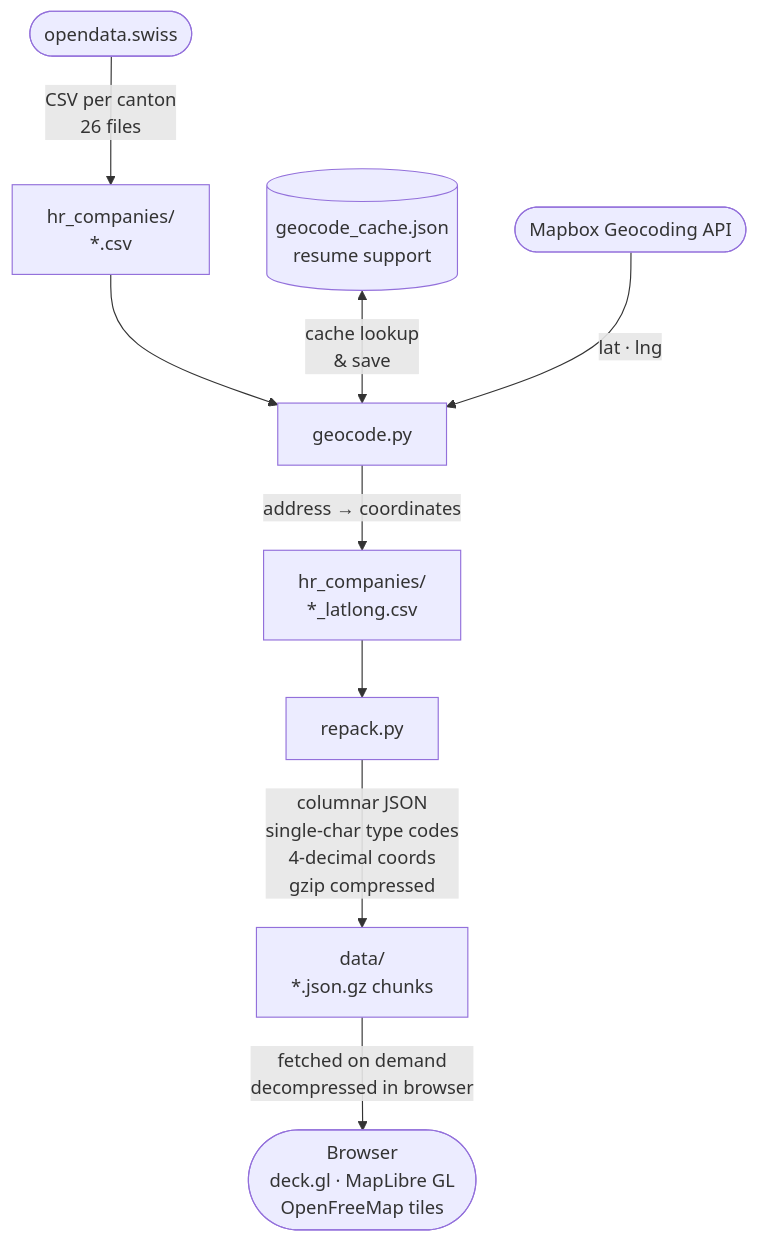
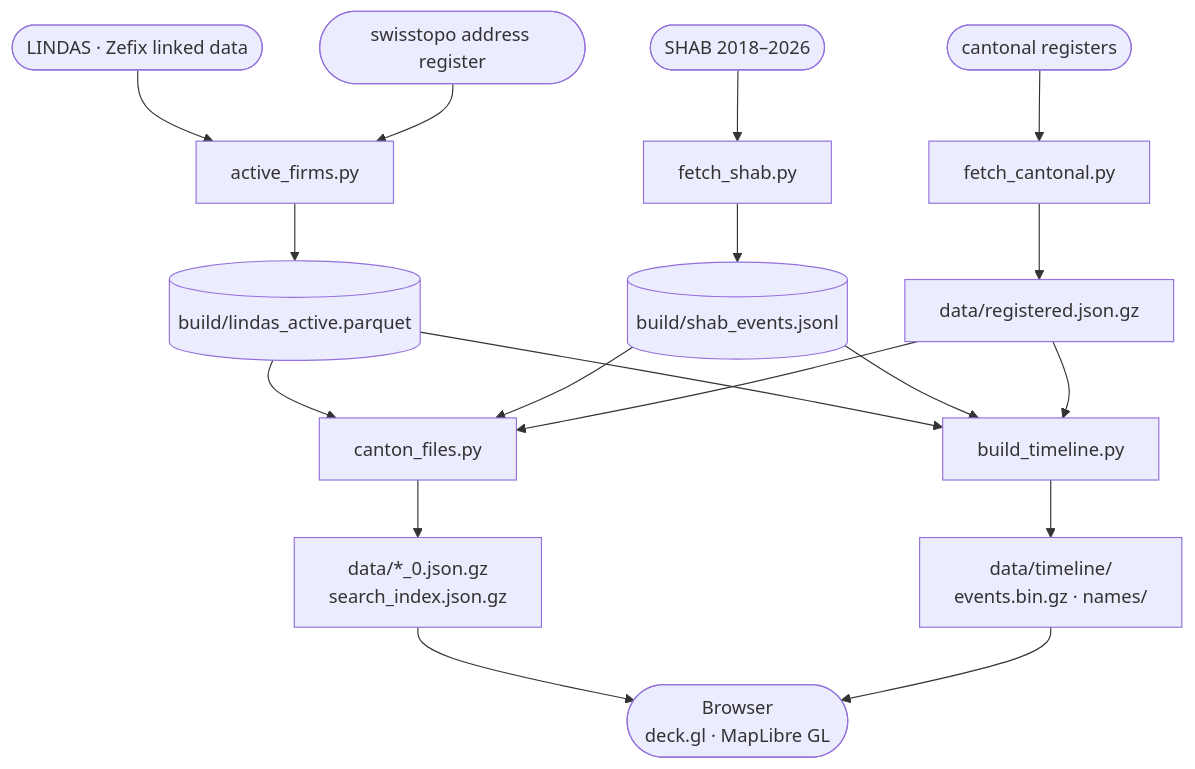
One commit to rafapolo/swissviz changed the diagram in README.md. Above: the diagram before and after it, drawn with Mermaid. The commit also changed other lines of this file and 109 other files, not shown here.

First line of the commit message:
feat: draw the map and the timeline's today from one list of companies

````diff
--- a/README.md
+++ b/README.md
@@ -91,14 +91,18 @@
 ```mermaid
 flowchart TD
-    A([opendata.swiss]) -->|CSV per canton\n26 files| B[hr_companies/\n*.csv]
-
-    B --> C[geocode.py]
-    E[(geocode_cache.json\nresume support)] <-->|cache lookup\n& save| C
-    F([Mapbox Geocoding API]) -->|lat · lng| C
-    C -->|address → coordinates| G[hr_companies/\n*_latlong.csv]
-
-    G --> H[repack.py]
-    H -->|columnar JSON\nsingle-char type codes\n4-decimal coords\ngzip compressed| I[data/\n*.json.gz chunks]
-
-    I -->|fetched on demand\ndecompressed in browser| J([Browser\ndeck.gl · MapLibre GL\nOpenFreeMap tiles])
+    A([LINDAS · Zefix linked data]) --> B[active_firms.py]
+    S([swisstopo address register]) --> B
+    B --> C[(build/lindas_active.parquet)]
+    H([SHAB 2018–2026]) --> F[fetch_shab.py] --> E[(build/shab_events.jsonl)]
+    R([cantonal registers]) --> K[fetch_cantonal.py] --> RG[data/registered.json.gz]
+    C --> CF[canton_files.py]
+    E --> CF
+    RG --> CF
+    CF --> D[data/*_0.json.gz\nsearch_index.json.gz]
+    C --> T[build_timeline.py]
+    E --> T
+    RG --> T
+    T --> TL[data/timeline/\nevents.bin.gz · names/]
+    D --> J([Browser\ndeck.gl · MapLibre GL])
+    TL --> J
 ```
````
